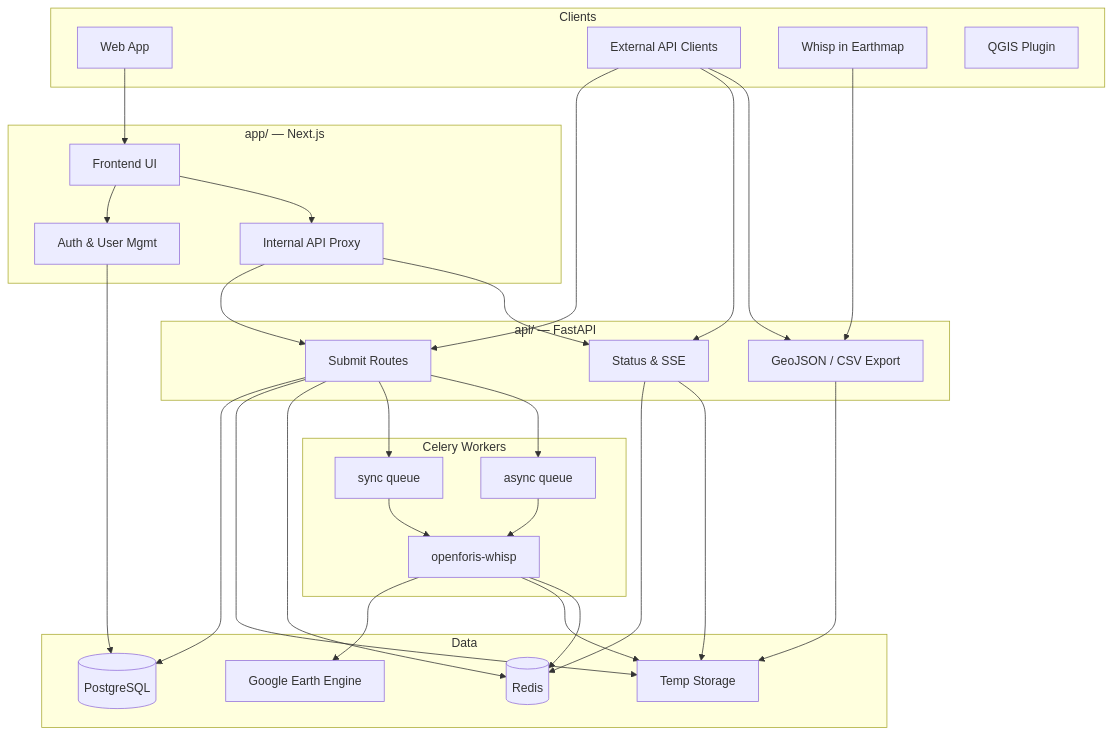
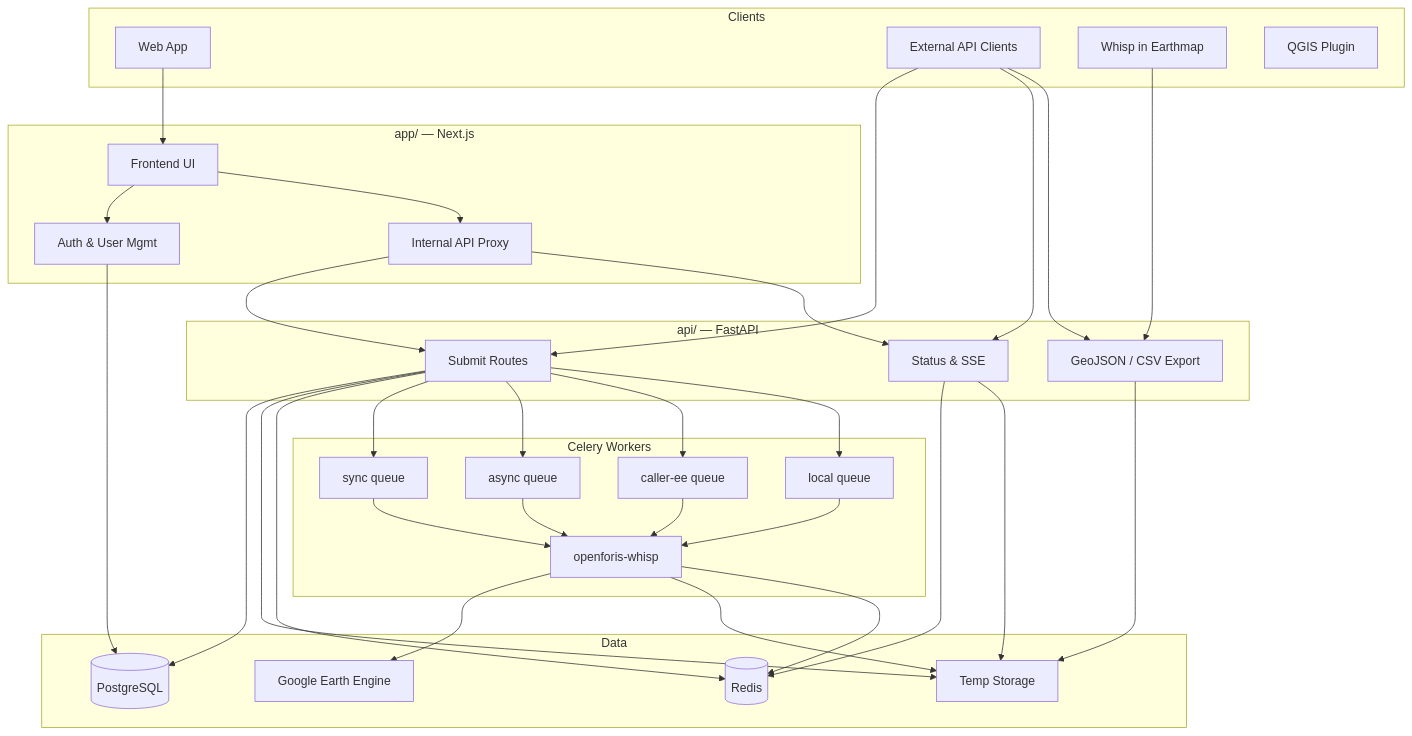
One commit to forestdatapartnership/whisp-app changed the first of 3 diagrams in README.md. Above: the diagram before and after it, drawn with Mermaid. The commit also changed other lines of this file and 43 other files, not shown here.

Commit message:
upgraded celery; upgraded whisp library; added local mode processing; updated result fields; cleanup and optimizations;

````diff
--- a/README.md
+++ b/README.md
@@ -34,59 +34,65 @@
 ```mermaid
 graph TB
     subgraph Clients
         UI[Web App]
         EXT[External API Clients]
         MAP[Whisp in Earthmap]
         QGIS[QGIS Plugin]
     end
 
     subgraph App["app/ — Next.js"]
         FE[Frontend UI]
         AUTH[Auth & User Mgmt]
         PROXY[Internal API Proxy]
     end
 
     subgraph API["api/ — FastAPI"]
         SUBMIT[Submit Routes]
         STATUS[Status & SSE]
         EXPORT[GeoJSON / CSV Export]
     end
 
     subgraph Workers["Celery Workers"]
         SYNC[sync queue]
         ASYNC[async queue]
+        CALLER[caller-ee queue]
+        LOCAL[local queue]
         WHISP[openforis-whisp]
     end
 
     subgraph Data
         PG[(PostgreSQL)]
         REDIS[(Redis)]
         TEMP[Temp Storage]
         GEE[Google Earth Engine]
     end
 
     UI --> FE
     FE --> AUTH
     FE --> PROXY
     PROXY --> SUBMIT
     PROXY --> STATUS
     EXT --> SUBMIT
     EXT --> STATUS
     EXT --> EXPORT
     MAP --> EXPORT
 
     SUBMIT --> PG
     SUBMIT --> TEMP
     SUBMIT --> REDIS
     SUBMIT --> SYNC
     SUBMIT --> ASYNC
+    SUBMIT --> CALLER
+    SUBMIT --> LOCAL
     SYNC --> WHISP
     ASYNC --> WHISP
+    CALLER --> WHISP
+    LOCAL --> WHISP
     WHISP --> GEE
     WHISP --> TEMP
     WHISP --> REDIS
     STATUS --> REDIS
     STATUS --> TEMP
     EXPORT --> TEMP
     AUTH --> PG
 ```
````
